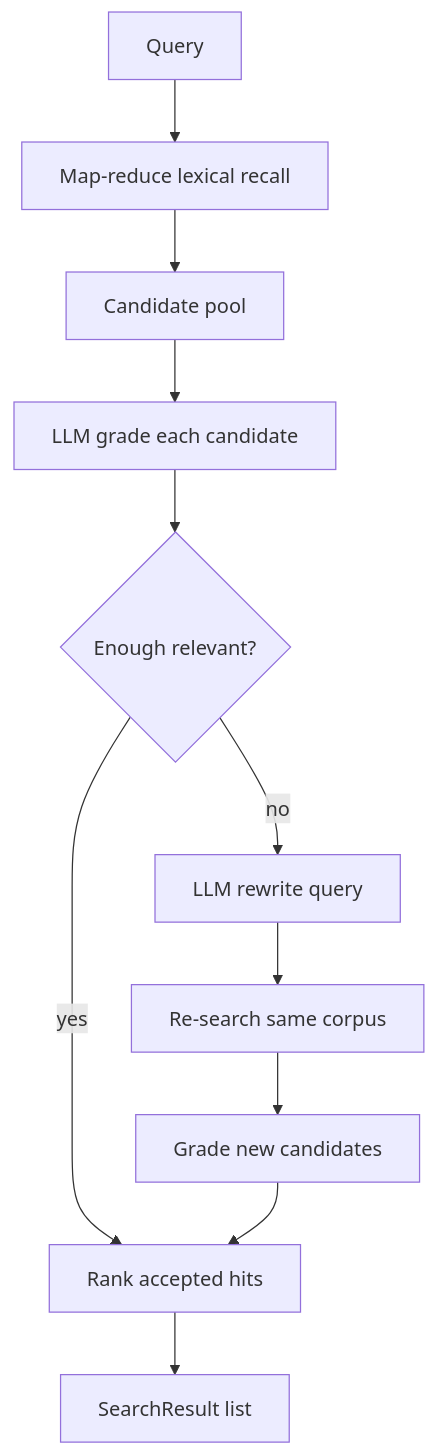
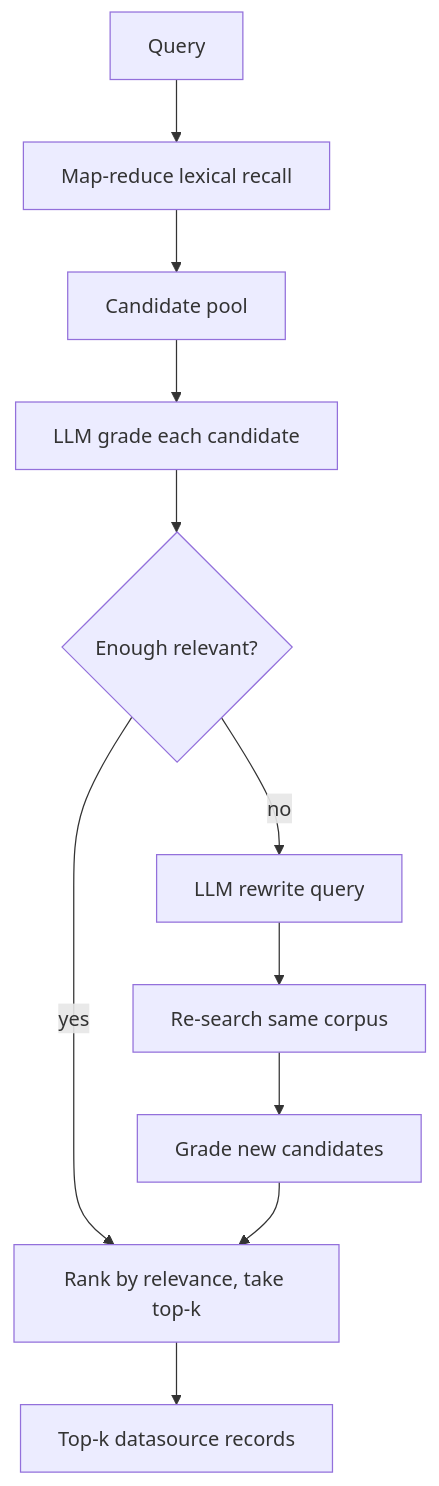
One commit to cs-ahmed-salem/full-text-search changed the diagram in src/fulltext_search/algorithms/CORRECTIVE_RAG.md. Above: the diagram before and after it, drawn with Mermaid. The commit also changed other lines of this file and 7 other files, not shown here.

````diff
--- a/src/fulltext_search/algorithms/CORRECTIVE_RAG.md
+++ b/src/fulltext_search/algorithms/CORRECTIVE_RAG.md
@@ -12,13 +12,13 @@
 ```mermaid
 flowchart TD
     Q[Query] --> MR[Map-reduce lexical recall]
     MR --> C[Candidate pool]
     C --> G[LLM grade each candidate]
     G --> D{Enough relevant?}
-    D -->|yes| R[Rank accepted hits]
+    D -->|yes| R[Rank by relevance, take top-k]
     D -->|no| W[LLM rewrite query]
     W --> MR2[Re-search same corpus]
     MR2 --> G2[Grade new candidates]
     G2 --> R
-    R --> Out[SearchResult list]
+    R --> Out[Top-k datasource records]
 ```
````
